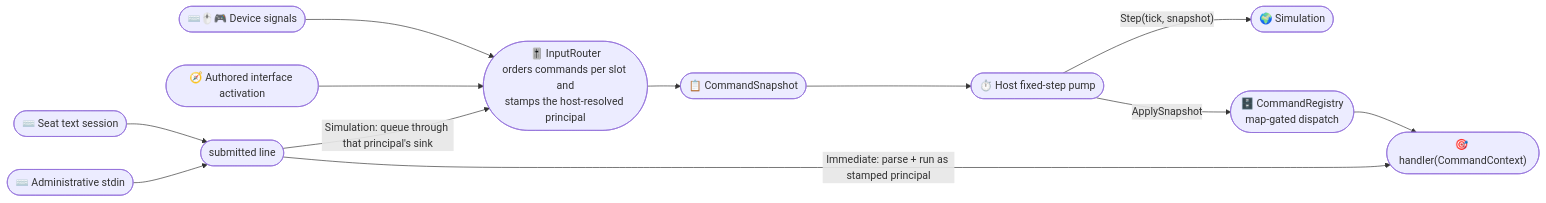
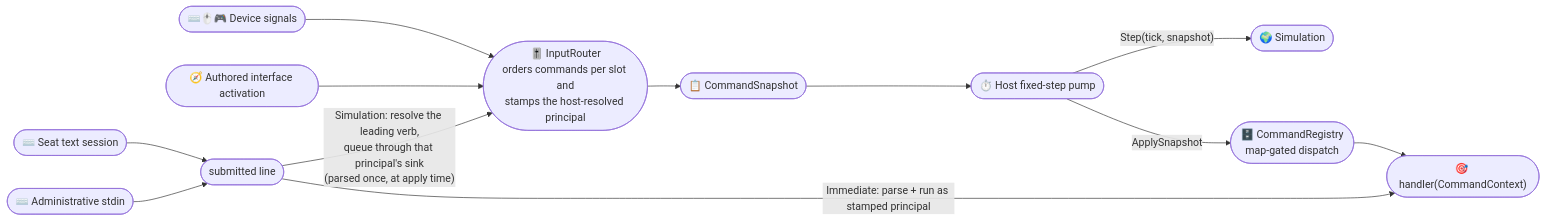
Before and after one commit to ByteTerrace/Puck: the first of 2 diagrams in src/Puck.Commands/README.md, drawn with Mermaid. The commit also changed other lines of this file and 4 other files, not shown here.

````diff
--- a/src/Puck.Commands/README.md
+++ b/src/Puck.Commands/README.md
@@ -49,14 +55,14 @@
 ```mermaid
 graph LR
     Signals(["⌨️🖱️🎮 Device signals"]) --> Router
     Presentation(["🧭 Authored interface activation"]) --> Router
     Console(["⌨️ Administrative stdin"]) --> Submit
     SeatText(["⌨️ Seat text session"]) --> Submit
     Submit(["submitted line"]) -->|"Immediate: parse + run as stamped principal"| Handler
-    Submit -->|"Simulation: queue through that principal's sink"| Router
+    Submit -->|"Simulation: resolve the leading verb,<br/>queue through that principal's sink<br/>(parsed once, at apply time)"| Router
     Router(["🎚️ InputRouter<br/>orders commands per slot and<br/>stamps the host-resolved principal"]) --> Snapshot(["📋 CommandSnapshot"])
     Snapshot --> Pump(["⏱️ Host fixed-step pump"])
     Pump -->|"ApplySnapshot"| Apply(["🗄️ CommandRegistry<br/>map-gated dispatch"])
     Apply --> Handler(["🎯 handler(CommandContext)"])
     Pump -->|"Step(tick, snapshot)"| Simulation(["🌍 Simulation"])
 ```
````
